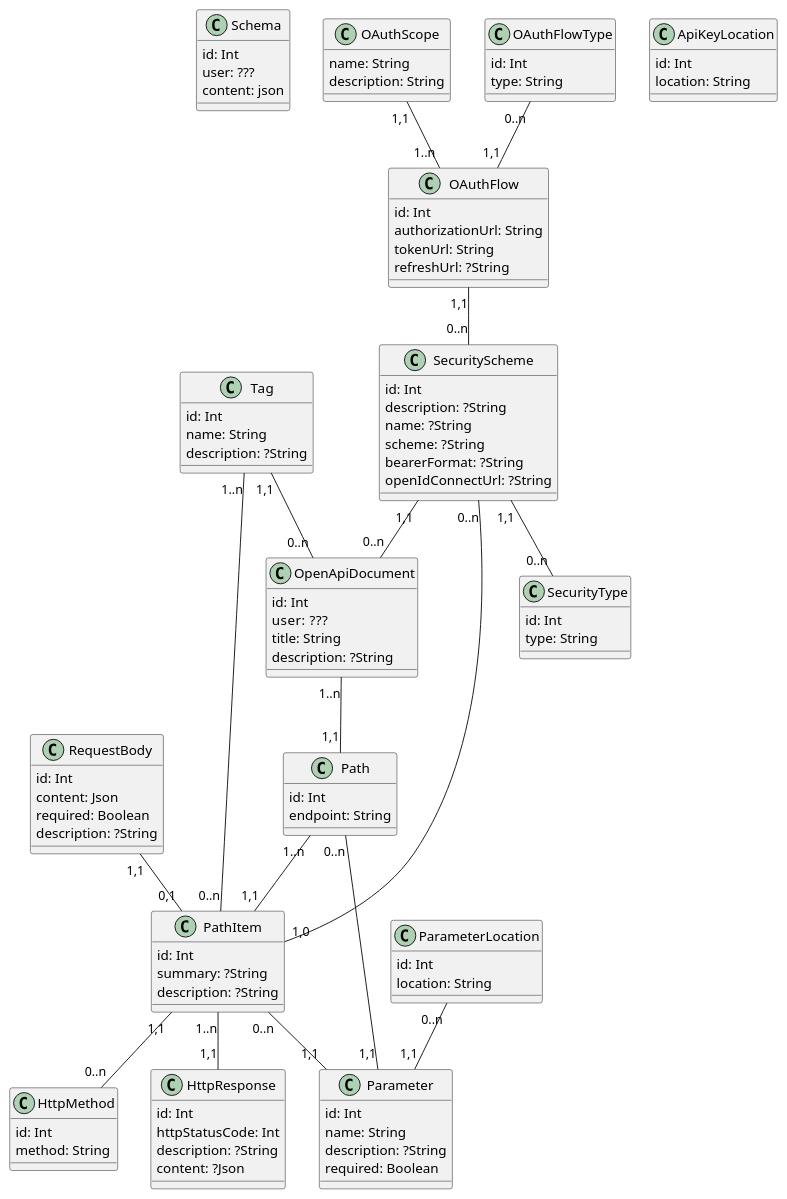
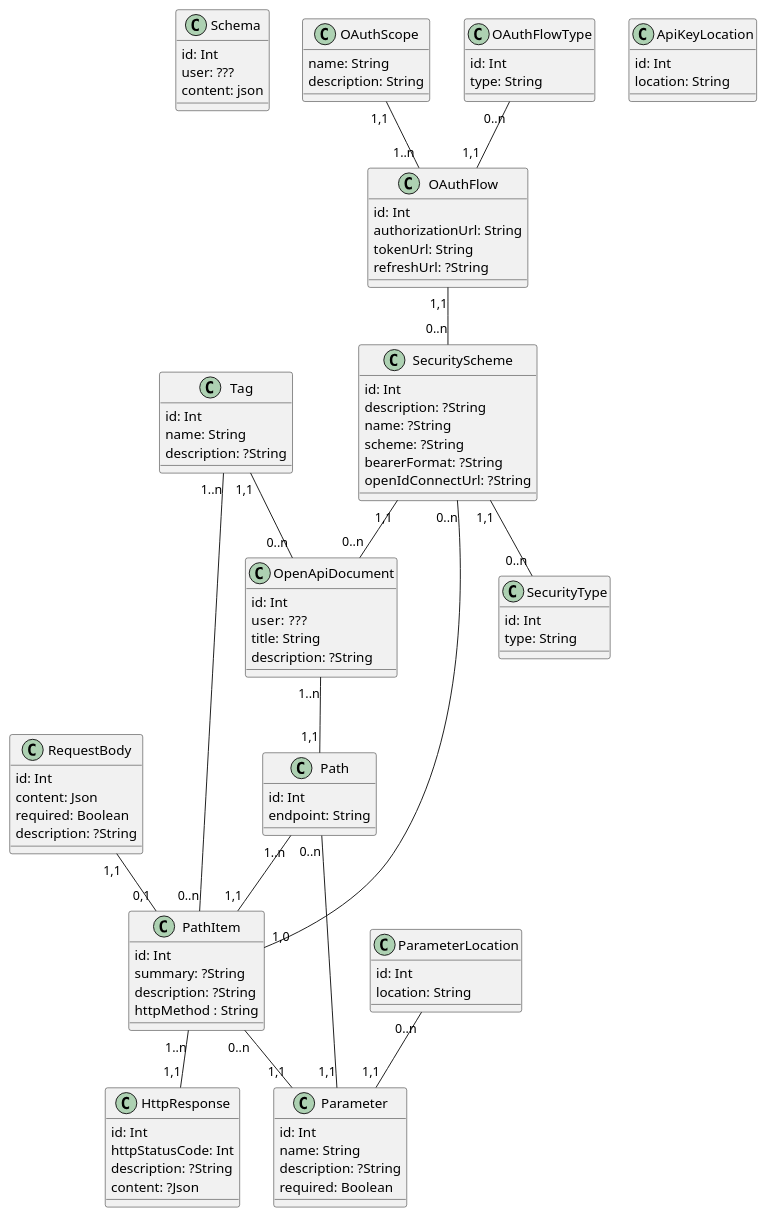
Before and after one commit to ReverseOpenapi/back: the diagram in documentation/entity-relationship-diagram.puml, drawn with PlantUML.

Commit message:
:fire: remove unused entity

```diff
--- a/documentation/entity-relationship-diagram.puml
+++ b/documentation/entity-relationship-diagram.puml
@@ -1,138 +1,133 @@
 @startuml Reverse OpenAPI entity relationship diagram
 
 ' see https://plantuml.com/fr/ to generate a diagram from this file
 
 ' This model is satisfying 3NF (https://en.wikipedia.org/wiki/Database_normalization)
 
 ' Store schemas created by our modeling tool
 ' https://swagger.io/specification/#schema-object
 class Schema {
     {field} id: Int
     {field} user: ???
     {field} content: json
 }
 
 ' Root of the OpenAPI document created by the user
 ' https://swagger.io/specification/#openapi-object
 class OpenApiDocument {
     {field} id: Int
     {field} user:  ???
     {field} title: String
     {field} description: ?String
 }
 
 ' https://swagger.io/specification/#paths-object
 class Path {
     {field} id: Int
     {field} endpoint: String
 }
 
 ' https://swagger.io/specification/#path-item-object and https://swagger.io/specification/#operation-object combined for simplification
 class PathItem {
     {field} id: Int
     {field} summary: ?String
     {field} description: ?String
+    {field} httpMethod : String
 }
 
 ' https://swagger.io/specification/#security-scheme-object
 class SecurityScheme {
     {field} id: Int
     {field} description: ?String
     {field} name: ?String
     {field} scheme: ?String
     {field} bearerFormat: ?String
     {field} openIdConnectUrl: ?String
 }
 
 ' https://swagger.io/specification/#security-scheme-object -> see field "type"
 class SecurityType {
     {field} id: Int
     {field} type: String
 }
 
 ' https://swagger.io/specification/#security-scheme-object -> see field "in"
 class ApiKeyLocation {
     {field} id: Int
     {field} location: String
 }
 
 ' https://swagger.io/specification/#oauth-flows-object
 class OAuthFlow {
     {field} id: Int
     {field} authorizationUrl: String
     {field} tokenUrl: String
     {field} refreshUrl: ?String
 }
 
 ' https://swagger.io/specification/#oauth-flow-object -> see field "scopes"
 class OAuthScope {
     {field} name: String
     {field} description: String
 }
 
 ' https://swagger.io/specification/#oauth-flows-object -> all fields names are types
 class OAuthFlowType {
     {field} id: Int
     {field} type: String
 }
 
 ' https://swagger.io/specification/#tag-object
 class Tag {
     {field} id: Int
     {field} name: String
     {field} description: ?String
 }
 
 ' https://swagger.io/specification/#request-body-object
 class RequestBody {
     {field} id: Int
     {field} content: Json
     {field} required: Boolean
     {field} description: ?String
 }
 
 ' https://swagger.io/specification/#parameter-object
 class Parameter {
     {field} id: Int
     {field} name: String
     {field} description: ?String
     {field} required: Boolean
 }
 
 ' https://swagger.io/specification/#parameter-object -> refers to "in" field name
 class ParameterLocation {
     {field} id: Int
     {field} location: String
 }
 
 ' https://swagger.io/specification/#response-object
 class HttpResponse {
     {field} id: Int
     {field} httpStatusCode: Int
     {field} description: ?String
     {field} content: ?Json
 }
 
-class HttpMethod {
-    {field} id: Int
-    {field} method: String
-}
-
 OpenApiDocument "1..n" -- "1,1" Path /' OpenApiDocument has one or many Path, Path has one OpenAPIDocument '/
 Path "0..n" -- "1,1" Parameter /' Path has zero or many Parameter, Parameter has one Path '/
 PathItem "0..n" -- "1,1" Parameter /' PathItem has zero or many Parameter, Parameter has one PathItem '/
 PathItem "1..n" -- "1,1" HttpResponse /' PathItem has one or many HttpResponse, HttpResponse has one Pathitem '/
-PathItem "1,1" -- "0..n" HttpMethod /' PathItem has one HttpMethod, HttpMethod has zero or many PathItem '/
 Path "1..n" -- "1,1" PathItem /' Path has zero or many PathItem, PathItem has one Path '/
 ParameterLocation "0..n" -- "1,1" Parameter /' ParameterLocation has zero or many Parameter, Parameter has one ParameterLocation '/
 RequestBody "1,1" -- "0,1" PathItem /' RequestBody has one PathItem, PathItem has zero or one PathItem '/
 Tag "1,1" -- "0..n" OpenApiDocument /' Tag has one OpenApiDocument, OpenApiDocument has zero or many Tag '/
 Tag "1..n" -- "0..n" PathItem /' Tag has one or many PathItem, PathItem has zero or many PathItem '/
 SecurityScheme "1,1" -- "0..n" OpenApiDocument /' SecurityScheme has one OpenApiDocument, OpenApiDocument has zero or many SecurityScheme '/
 OAuthFlow "1,1" -- "0..n" SecurityScheme /' OAuthFlow has one SecurityScheme, SecurityScheme has zero or many OAuthFlow '/
 OAuthFlowType "0..n" -- "1,1" OAuthFlow /' OAuthFlowType has zero or many OAuthFlow, OAuthFlow has one OAuthFlowType '/
 OAuthScope "1,1" -- "1..n" OAuthFlow /' OAuthScope has one OAuthFlow, OAuthFlow has one or many OAuthScope '/
 SecurityScheme "0..n" -- "1,0" PathItem /' SecurityScheme has zero or many PathItem, PathItem has one or zero SecurityScheme '/
 SecurityScheme "1,1" -- "0..n" SecurityType /' SecurityScheme has one SecurityType, SecurityType has zero or many SecurityType '/
 
 @enduml
```
